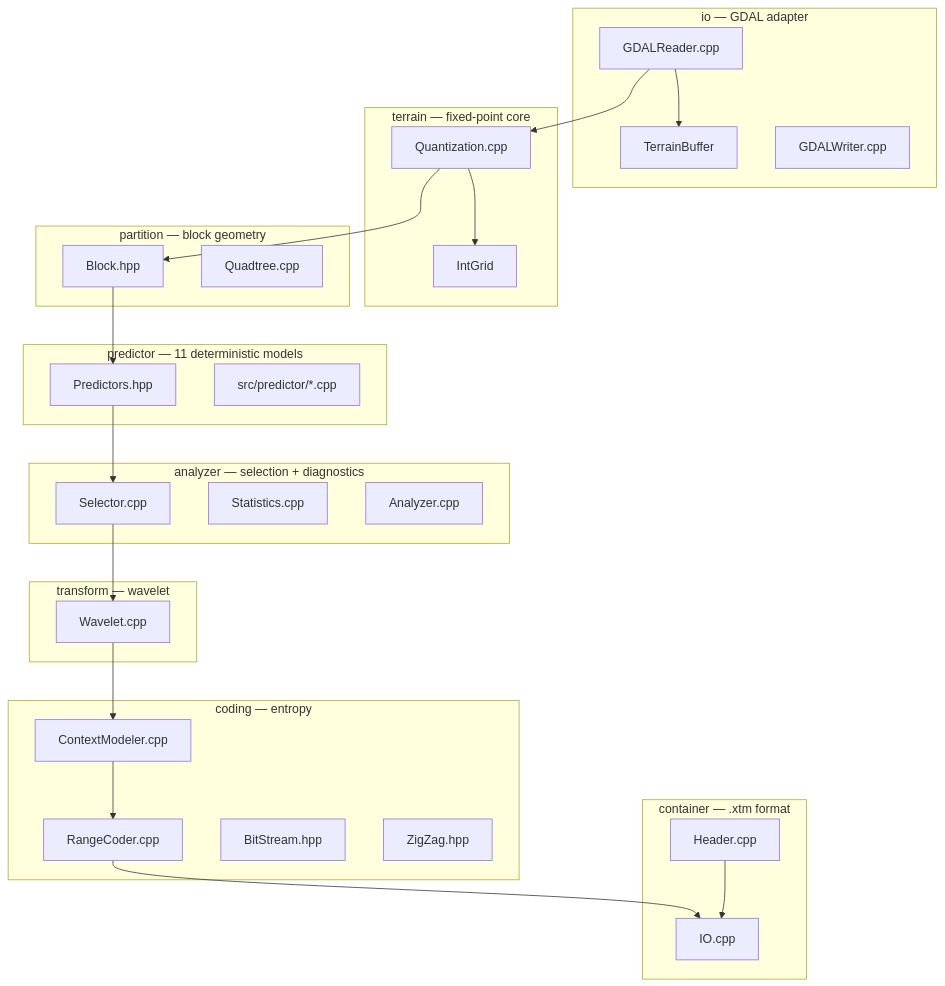
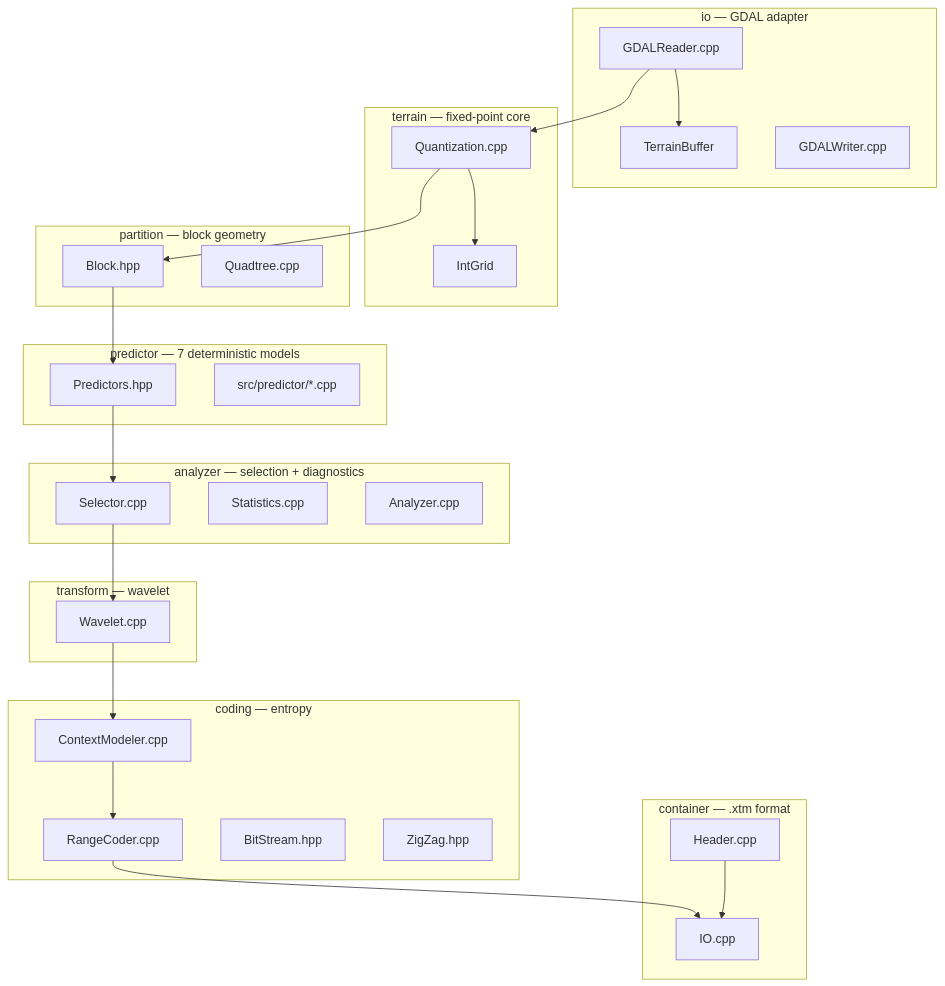
The first of 12 diagrams in docs/pipeline.md (yashwk/libxtm), drawn with Mermaid before and after one commit. The commit also changed other lines of this file and 70 other files, not shown here.

````diff
--- a/docs/pipeline.md
+++ b/docs/pipeline.md
@@ -9,48 +9,48 @@
 ```mermaid
 flowchart TB
     subgraph io["io — GDAL adapter"]
         A1[GDALReader.cpp] --> A2[TerrainBuffer]
         A3[GDALWriter.cpp]
     end
 
     subgraph terrain["terrain — fixed-point core"]
         B1[Quantization.cpp] --> B2[IntGrid]
     end
 
     subgraph partition["partition — block geometry"]
         C1[Block.hpp]
         C2[Quadtree.cpp]
     end
 
-    subgraph predictor["predictor — 11 deterministic models"]
+    subgraph predictor["predictor — 7 deterministic models"]
         D1[Predictors.hpp]
         D2[src/predictor/*.cpp]
     end
 
     subgraph analyzer["analyzer — selection + diagnostics"]
         E1[Selector.cpp]
         E2[Statistics.cpp]
         E3[Analyzer.cpp]
     end
 
     subgraph transform["transform — wavelet"]
         F1[Wavelet.cpp]
     end
 
     subgraph coding["coding — entropy"]
         G1[RangeCoder.cpp]
         G2[ContextModeler.cpp]
         G3[BitStream.hpp]
         G4[ZigZag.hpp]
     end
 
     subgraph container["container — .xtm format"]
         H1[Header.cpp]
         H2[IO.cpp]
     end
 
     A1 --> B1 --> C1 --> D1
     D1 --> E1
     E1 --> F1 --> G2 --> G1 --> H2
     H1 --> H2
 ```
````
